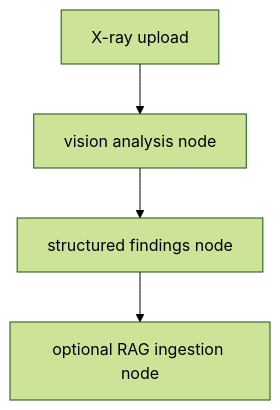
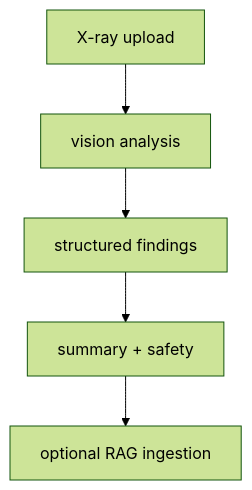
One commit to Dipurajasaha/DocTalk changed diagram 16 of 19 in backend/backend.md. Above: the diagram before and after it, drawn with Mermaid (forest theme). The commit also changed other lines of this file and 5 other files, not shown here.

````diff
--- a/backend/backend.md
+++ b/backend/backend.md
@@ -563,6 +744,7 @@
 ```mermaid
 flowchart TD
-    Upload[X-ray upload] --> Vision[vision analysis node]
-    Vision --> Findings[structured findings node]
-    Findings --> OptIn[optional RAG ingestion node]
+    Upload[X-ray upload] --> Vision[vision analysis]
+    Vision --> Findings[structured findings]
+    Findings --> SUM[summary + safety]
+    SUM --> OptIn[optional RAG ingestion]
 ```
````
